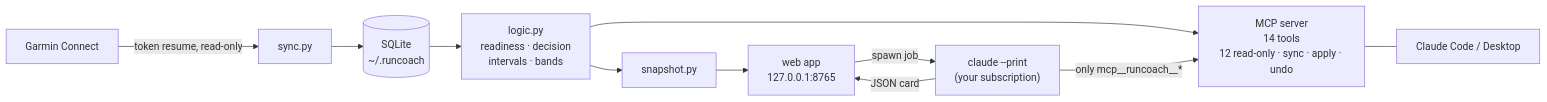
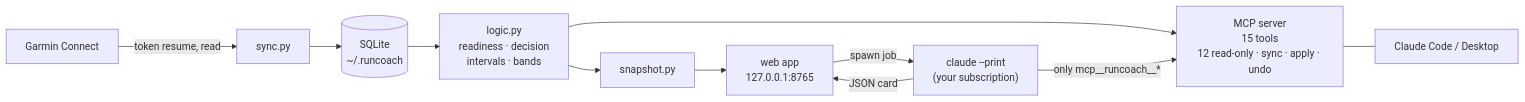
Before and after one commit to edxleon/runcoach-ai: the diagram in README.md, drawn with Mermaid. The commit also changed other lines of this file and 70 other files, not shown here.

````diff
--- a/README.md
+++ b/README.md
@@ -109,13 +115,13 @@
 ```mermaid
 flowchart LR
-    G[Garmin Connect] -- "token resume, read-only" --> S[sync.py]
+    G[Garmin Connect] -- "token resume, read" --> S[sync.py]
     S --> DB[(SQLite<br/>~/.runcoach)]
     DB --> L[logic.py<br/>readiness · decision<br/>intervals · bands]
     L --> SNAP[snapshot.py]
     SNAP --> WEB[web app<br/>127.0.0.1:8765]
-    L --> MCP[MCP server<br/>14 tools<br/>12 read-only · sync · apply · undo]
+    L --> MCP[MCP server<br/>15 tools<br/>12 read-only · sync · apply · undo]
     WEB -- "spawn job" --> A["claude --print<br/>(your subscription)"]
     A -- "only mcp__runcoach__*" --> MCP
     A -- "JSON card" --> WEB
     MCP --- CC[Claude Code / Desktop]
 ```
````
